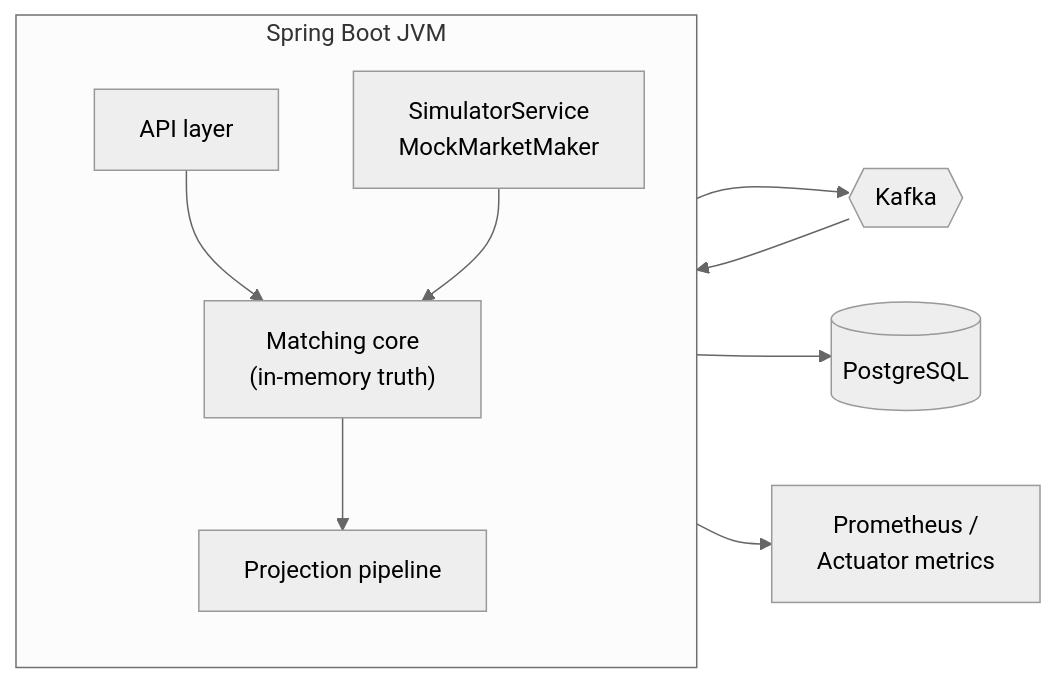
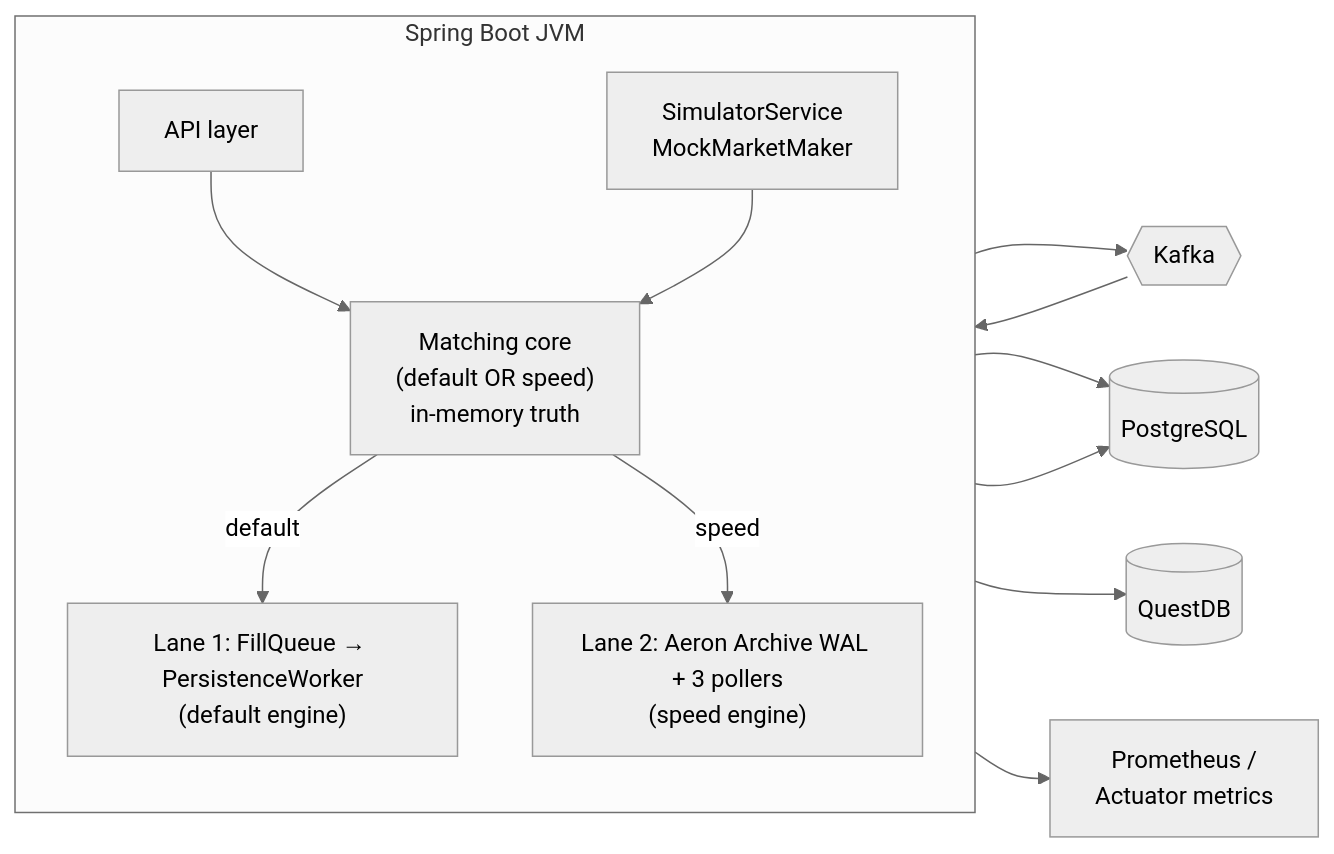
The first of 2 diagrams in 01-architecture.md (mc139/fx-oee-docs), drawn with Mermaid (neutral theme) before and after one commit. The commit also changed other lines of this file and 25 other files, not shown here.

````diff
--- a/01-architecture.md
+++ b/01-architecture.md
@@ -21,20 +37,25 @@
 ```mermaid
 flowchart LR
     subgraph jvm["Spring Boot JVM"]
         direction TB
         API["API layer"]
-        CORE["Matching core<br/>(in-memory truth)"]
-        PIPE["Projection pipeline"]
+        CORE["Matching core<br/>(default OR speed)<br/>in-memory truth"]
+        L1["Lane 1: FillQueue → PersistenceWorker<br/>(default engine)"]
+        L2["Lane 2: Aeron Archive WAL + 3 pollers<br/>(speed engine)"]
         SIM["SimulatorService<br/>MockMarketMaker"]
     end
     PG[("PostgreSQL")]
     KAFKA{{"Kafka"}}
+    QDB[("QuestDB")]
     PROM["Prometheus /<br/>Actuator metrics"]
 
     API --> CORE
     SIM --> CORE
-    CORE --> PIPE
-    PIPE --> KAFKA --> PIPE
-    PIPE --> PG
+    CORE -->|"default"| L1
+    CORE -->|"speed"| L2
+    L1 --> KAFKA --> L1
+    L1 --> PG
+    L2 --> PG
+    L2 --> QDB
     jvm --> PROM
 ```
````
